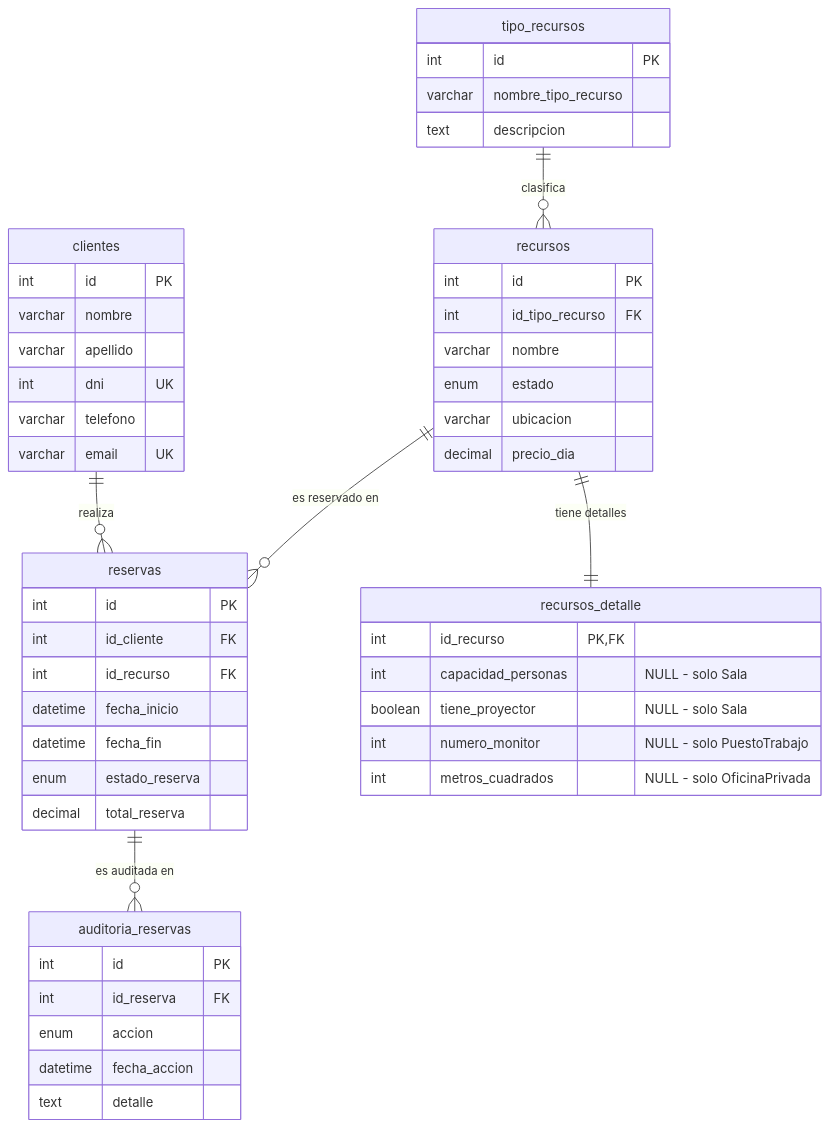
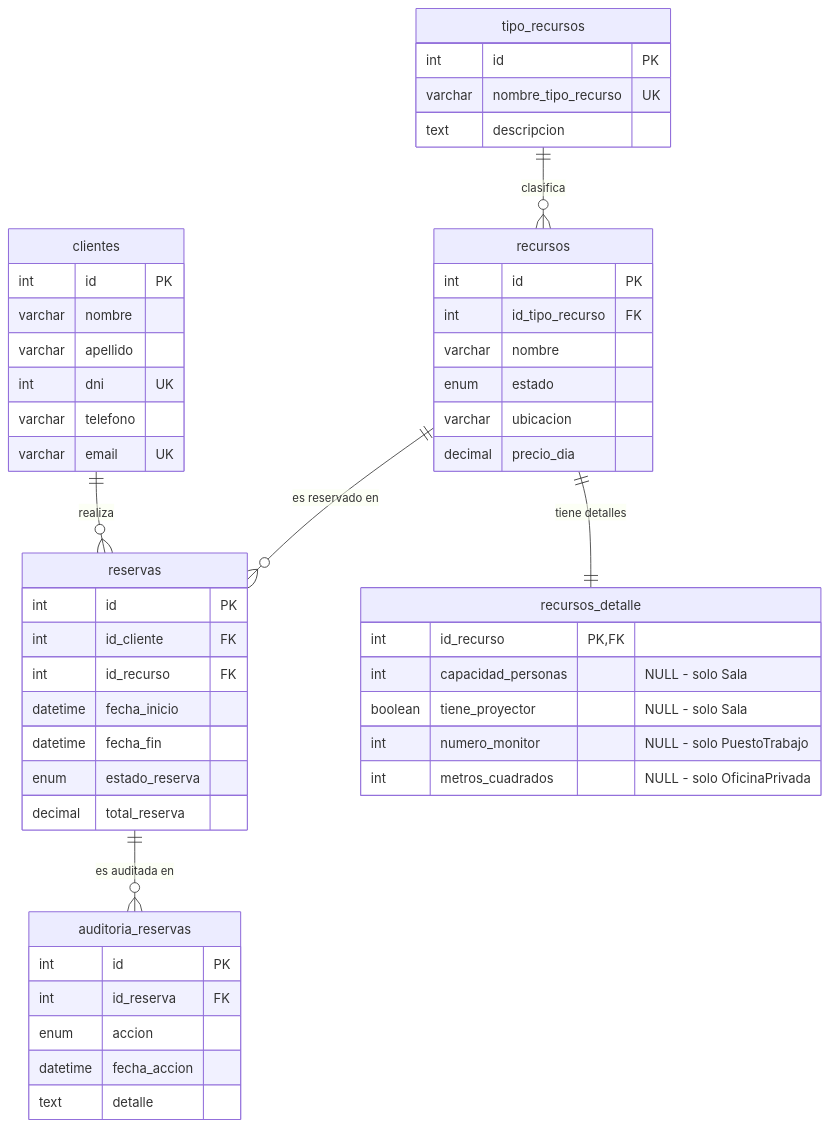
Before and after one commit to adrianbeep/final-algoritmos: the diagram in Docs/DER.md, drawn with Mermaid. The commit also changed 1 other file, not shown here.

Commit message:
fix(base): el nombre del tipo de recurso es unico
nombre_tipo_recurso es un contrato de codigo: lo comparan los procedimientos
almacenados (IF v_tipo = 'Sala') y RecursoFactory.Crear. La base no lo
restringia, asi que dos filas con el mismo tipo hacian que la factory tomara
la primera sin avisar y que el SP validara mal.

- tipo_recursos.nombre_tipo_recurso pasa a ser not null unique.
- Se deja el ALTER TABLE equivalente en un comentario, para las bases que ya
  existen y no se quieren recrear.
- DER: nombre_tipo_recurso queda marcado como UK, igual que dni y email.

Verificacion por inspeccion (no hay MySQL Server ni Docker ni WSL en la
maquina donde se hizo el cambio):
- El unico INSERT INTO tipo_recursos es el seed, con los 3 tipos distintos.
- Ningun otro script escribe en tipo_recursos: la tabla es de solo lectura
  desde la aplicacion.
- La FK recursos.id_tipo_recurso apunta a tipo_recursos(id), no al nombre, asi
  que la restriccion nueva no la toca.
- La sintaxis replica la que ya usa la tabla clientes (dni int not null unique).

Pendiente de probar contra MySQL: correr el script en Workbench y el ALTER en
una base ya creada.

````diff
--- a/Docs/DER.md
+++ b/Docs/DER.md
@@ -5,58 +5,58 @@
 ```mermaid
 erDiagram
     clientes {
         int id PK
         varchar nombre
         varchar apellido
         int dni UK
         varchar telefono
         varchar email UK
     }
 
     tipo_recursos {
         int id PK
-        varchar nombre_tipo_recurso
+        varchar nombre_tipo_recurso UK
         text descripcion
     }
 
     recursos {
         int id PK
         int id_tipo_recurso FK
         varchar nombre
         enum estado
         varchar ubicacion
         decimal precio_dia
     }
 
     recursos_detalle {
         int id_recurso PK,FK
         int capacidad_personas "NULL - solo Sala"
         boolean tiene_proyector "NULL - solo Sala"
         int numero_monitor "NULL - solo PuestoTrabajo"
         int metros_cuadrados "NULL - solo OficinaPrivada"
     }
 
     reservas {
         int id PK
         int id_cliente FK
         int id_recurso FK
         datetime fecha_inicio
         datetime fecha_fin
         enum estado_reserva
         decimal total_reserva
     }
 
     auditoria_reservas {
         int id PK
         int id_reserva FK
         enum accion
         datetime fecha_accion
         text detalle
     }
 
     clientes ||--o{ reservas : "realiza"
     tipo_recursos ||--o{ recursos : "clasifica"
     recursos ||--o{ reservas : "es reservado en"
     recursos ||--|| recursos_detalle : "tiene detalles"
     reservas ||--o{ auditoria_reservas : "es auditada en"
 ```
````
